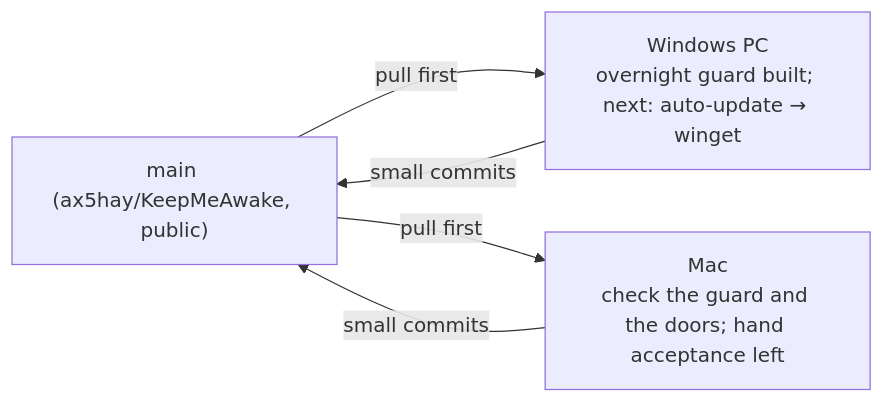
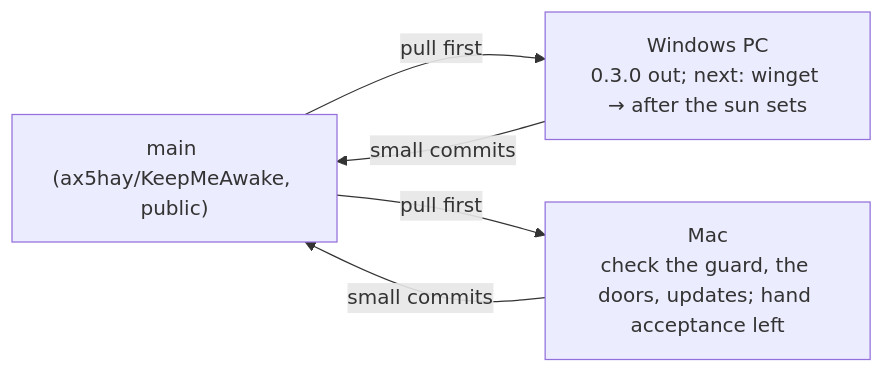
Before and after one commit to ax5hay/KeepMeAwake: the diagram in docs/HANDOFF.md, drawn with Mermaid. The commit also changed other lines of this file, not shown here.

First line of the commit message:
docs(handoff): v0.3.0 released, auto-update built, UI pass done

````diff
--- a/docs/HANDOFF.md
+++ b/docs/HANDOFF.md
@@ -19,10 +18,10 @@
 ```mermaid
 flowchart LR
     main["main (ax5hay/KeepMeAwake, public)"]
-    win["Windows PC<br/>overnight guard built; next: auto-update → winget"]
-    mac["Mac<br/>check the guard and the doors; hand acceptance left"]
+    win["Windows PC<br/>0.3.0 out; next: winget → after the sun sets"]
+    mac["Mac<br/>check the guard, the doors, updates; hand acceptance left"]
     win -->|small commits| main
     mac -->|small commits| main
     main -->|pull first| win
     main -->|pull first| mac
 ```
````
